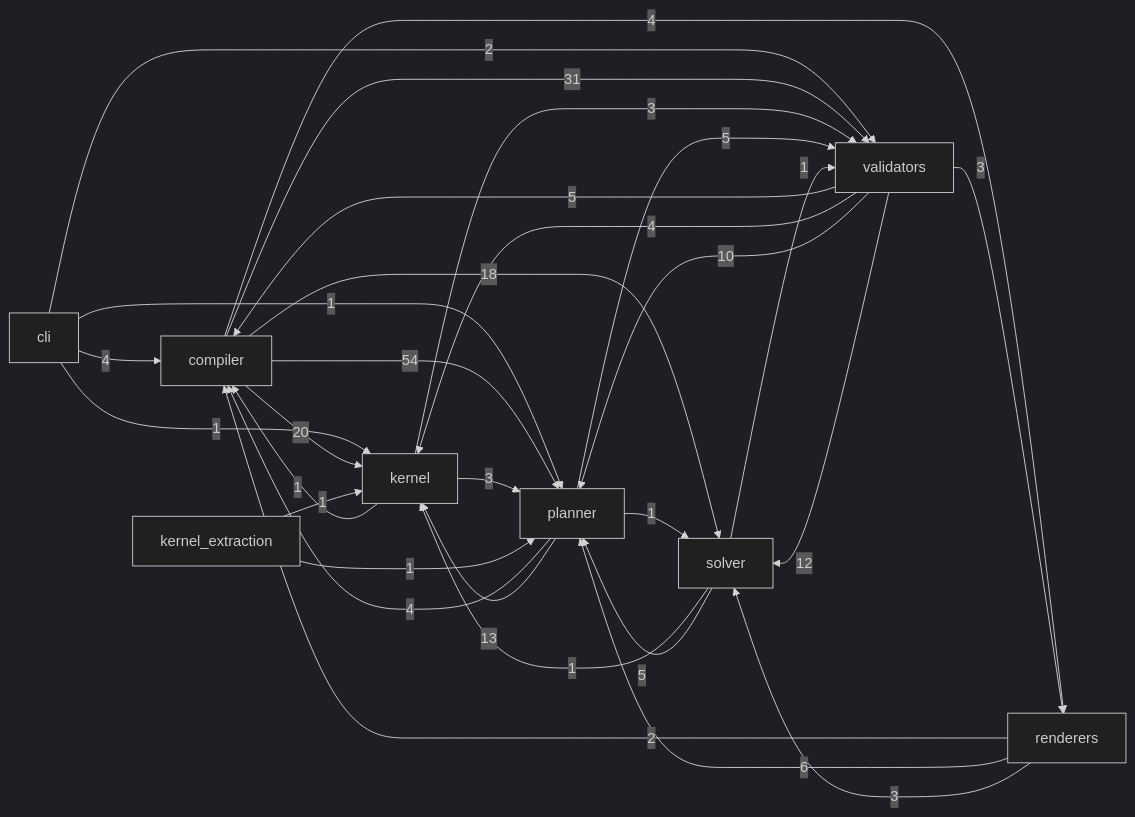
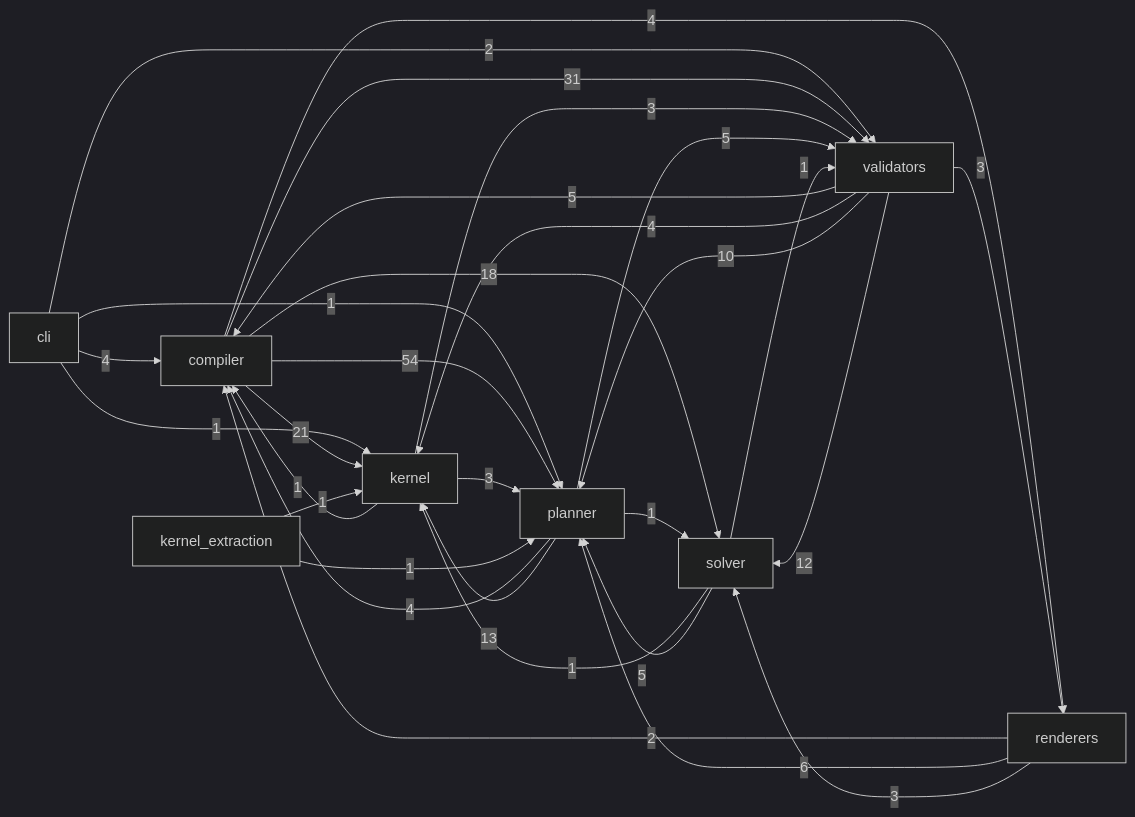
The diagram in docs/reference/code.md (Kingsley-Cyber/cinematic-compiler-core), drawn with Mermaid (dark theme) before and after one commit. The commit also changed other lines of this file and 6 other files, not shown here.

````diff
--- a/docs/reference/code.md
+++ b/docs/reference/code.md
@@ -15,32 +15,32 @@
 ```mermaid
 flowchart LR
   cli -->|4| compiler
   cli -->|1| kernel
   cli -->|1| planner
   cli -->|2| validators
-  compiler -->|20| kernel
+  compiler -->|21| kernel
   compiler -->|54| planner
   compiler -->|4| renderers
   compiler -->|18| solver
   compiler -->|31| validators
   kernel -->|1| compiler
   kernel -->|3| planner
   kernel -->|3| validators
   kernel_extraction -->|1| kernel
   kernel_extraction -->|1| planner
   planner -->|4| compiler
   planner -->|13| kernel
   planner -->|1| solver
   planner -->|5| validators
   renderers -->|2| compiler
   renderers -->|6| planner
   renderers -->|3| solver
   solver -->|1| kernel
   solver -->|5| planner
   solver -->|1| validators
   validators -->|5| compiler
   validators -->|4| kernel
   validators -->|10| planner
   validators -->|3| renderers
   validators -->|12| solver
 ```
````
